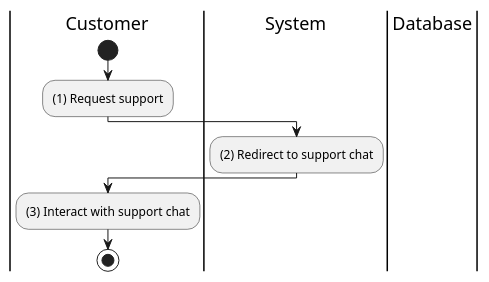
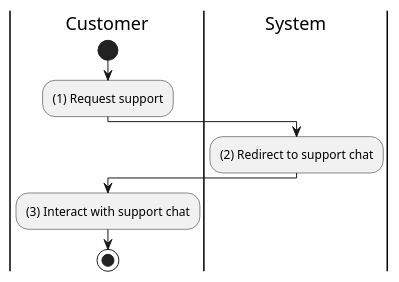
Before and after one commit to electricilies/electricilies.github.io: the diagram in docs/software-docs/activity/contact-support/contact-support.md, drawn with PlantUML. The commit also changed 47 other files, not shown here.

````diff
--- a/docs/software-docs/activity/contact-support/contact-support.md
+++ b/docs/software-docs/activity/contact-support/contact-support.md
@@ -3,17 +3,15 @@
 ```plantuml
 @startuml
 |C|Customer
 |S|System
-|D|Database
 
 |C|
 start
 :(1) Request support;
 |S|
 :(2) Redirect to support chat;
 |C|
 :(3) Interact with support chat;
 stop
-
 @enduml
 ```
````
